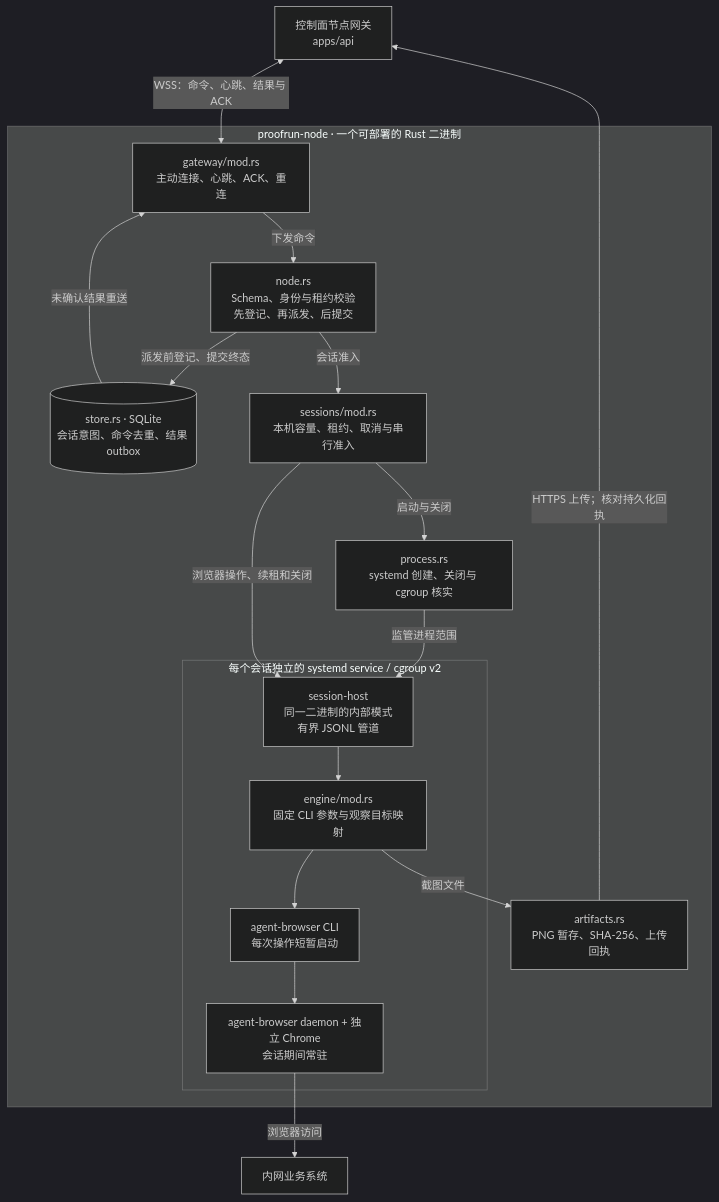
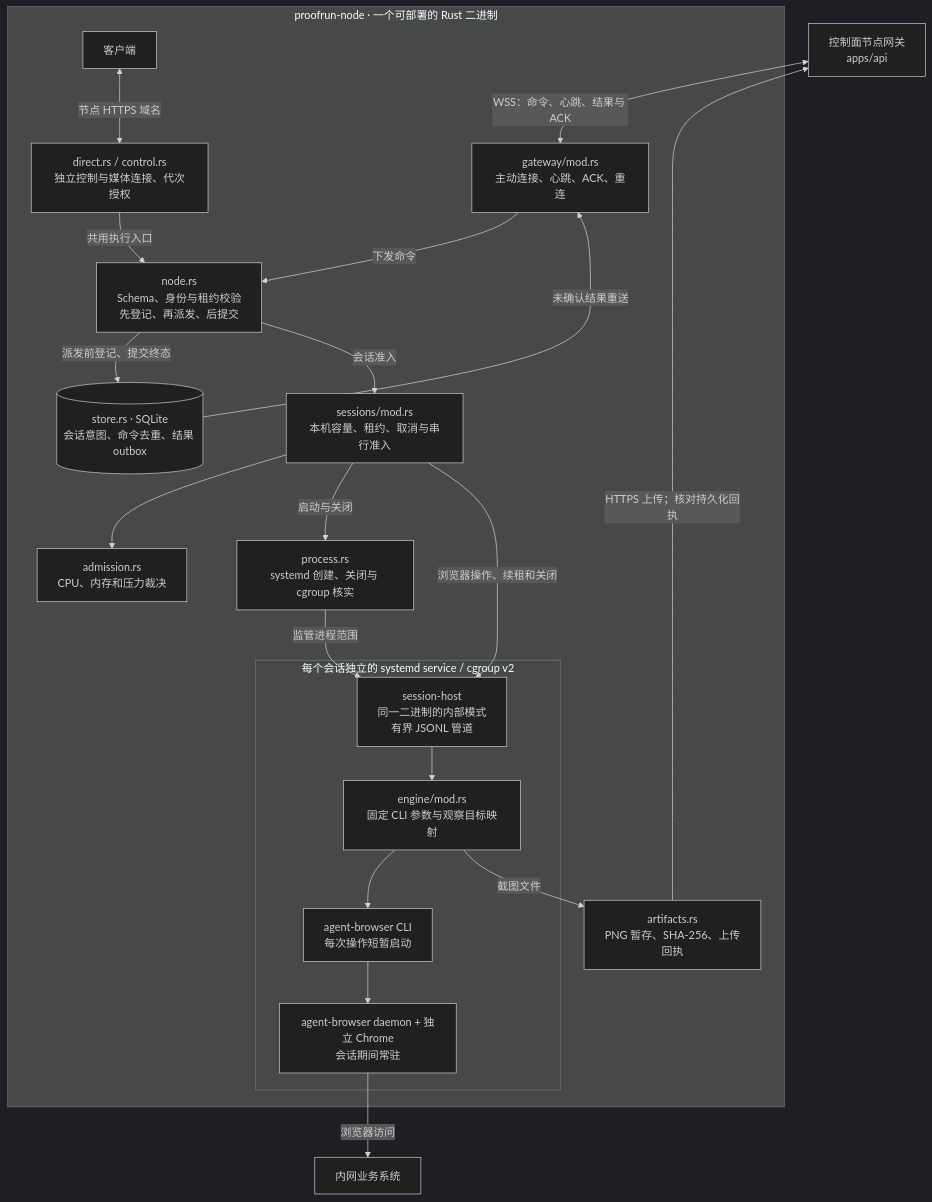
One commit to ethanyu-dev/proofrun changed the second of 2 diagrams in docs/browser-node-architecture/README.md. Above: the diagram before and after it, drawn with Mermaid (dark theme). The commit also changed other lines of this file and 70 other files, not shown here.

Commit message:
Refactor Browser Node direct HITL and resource admission

````diff
--- a/docs/browser-node-architecture/README.md
+++ b/docs/browser-node-architecture/README.md
@@ -46,35 +47,40 @@
 ```mermaid
 flowchart TB
   CP[控制面节点网关<br/>apps/api]
   TARGET[内网业务系统]
 
   subgraph NODE[proofrun-node · 一个可部署的 Rust 二进制]
     GW[gateway/mod.rs<br/>主动连接、心跳、ACK、重连]
+    DIRECT[direct.rs / control.rs<br/>独立控制与媒体连接、代次授权]
+    ADMISSION[admission.rs<br/>CPU、内存和压力裁决]
     ENTRY[node.rs<br/>Schema、身份与租约校验<br/>先登记、再派发、后提交]
     STORE[(store.rs · SQLite<br/>会话意图、命令去重、结果 outbox)]
     SESS[sessions/mod.rs<br/>本机容量、租约、取消与串行准入]
     PROC[process.rs<br/>systemd 创建、关闭与 cgroup 核实]
     ART[artifacts.rs<br/>PNG 暂存、SHA-256、上传回执]
 
     subgraph CGROUP[每个会话独立的 systemd service / cgroup v2]
       HOST[session-host<br/>同一二进制的内部模式<br/>有界 JSONL 管道]
       ENG[engine/mod.rs<br/>固定 CLI 参数与观察目标映射]
       CLI[agent-browser CLI<br/>每次操作短暂启动]
       DAEMON[agent-browser daemon + 独立 Chrome<br/>会话期间常驻]
       HOST --> ENG --> CLI --> DAEMON
     end
 
     GW -->|下发命令| ENTRY
     ENTRY -->|派发前登记、提交终态| STORE
     STORE -->|未确认结果重送| GW
+    CLIENT[客户端] <-->|节点 HTTPS 域名| DIRECT
+    DIRECT -->|共用执行入口| ENTRY
+    SESS --> ADMISSION
     ENTRY -->|会话准入| SESS
     SESS -->|启动与关闭| PROC
     PROC -->|监管进程范围| HOST
     SESS -->|浏览器操作、续租和关闭| HOST
     ENG -->|截图文件| ART
   end
 
   CP <-->|WSS：命令、心跳、结果与 ACK| GW
   ART -->|HTTPS 上传；核对持久化回执| CP
   DAEMON -->|浏览器访问| TARGET
 ```
````
